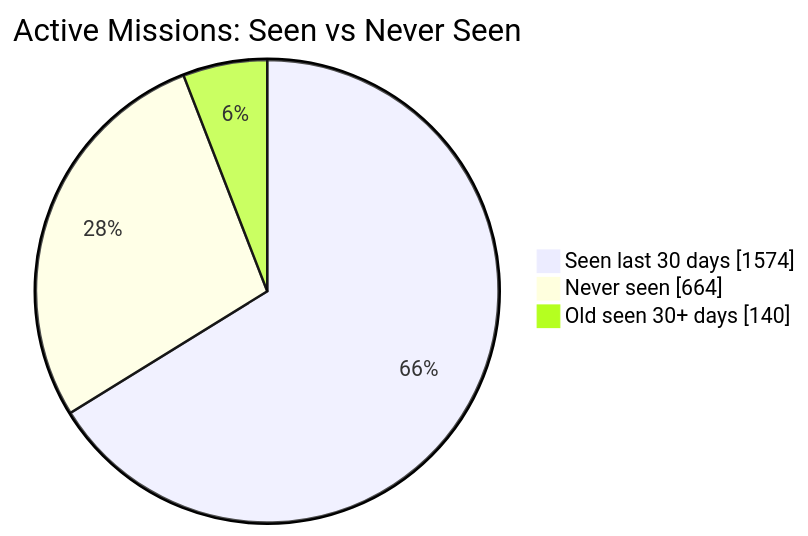
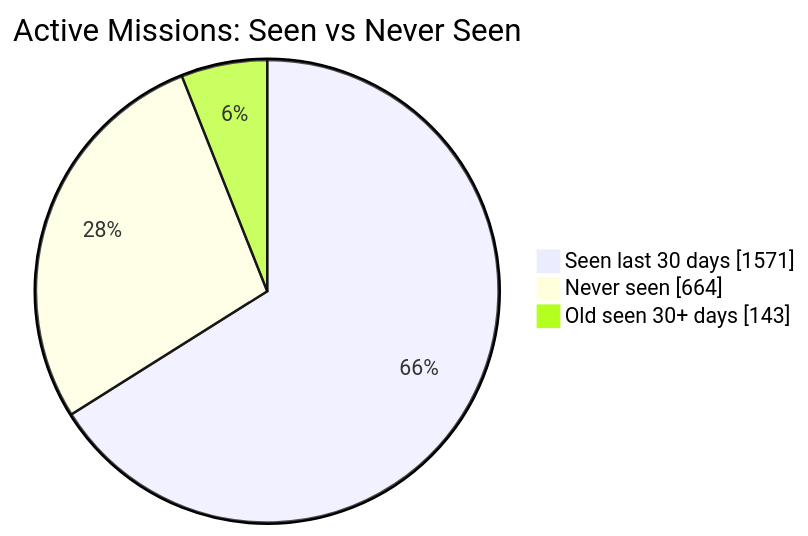
One commit to MeldkamerspelGameTeam/active-missions changed the first of 2 diagrams in README.md. Above: the diagram before and after it, drawn with Mermaid. The commit also changed other lines of this file and 3 other files, not shown here.

````diff
--- a/README.md
+++ b/README.md
@@ -34,7 +34,7 @@
 ```mermaid
 pie showData
     title Active Missions: Seen vs Never Seen
-    "Seen last 30 days" : 1574
+    "Seen last 30 days" : 1571
     "Never seen" : 664
-    "Old seen 30+ days" : 140
+    "Old seen 30+ days" : 143
 ```
````
